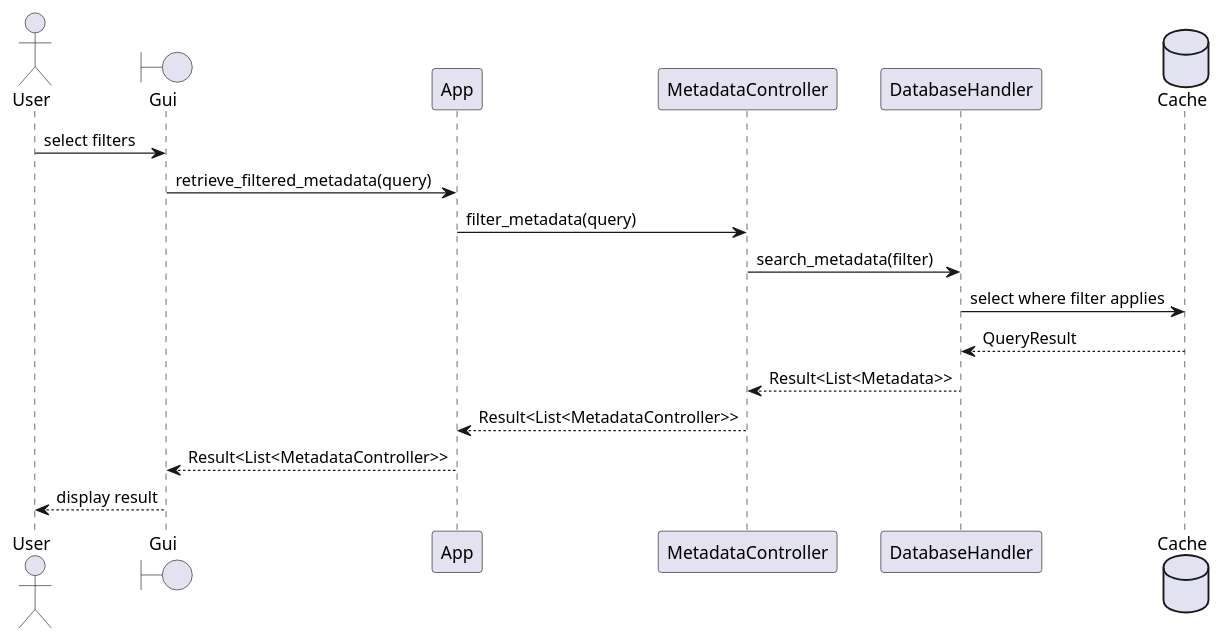
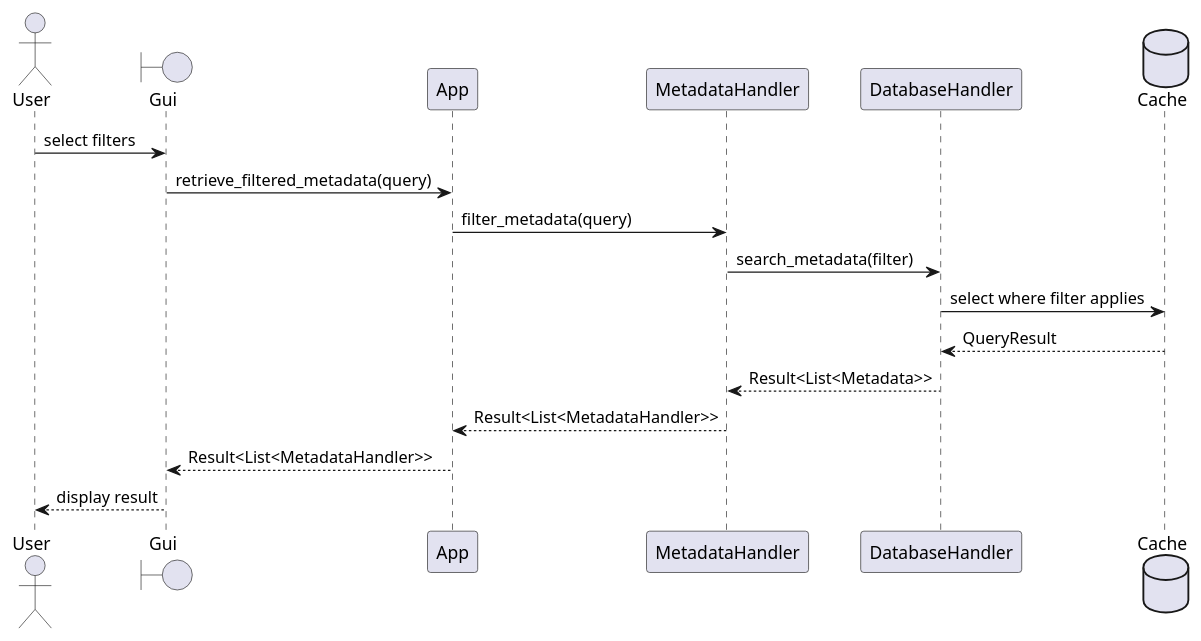
Before and after one commit to SoftwareEngineeringOne/wiki: the ninth of 10 diagrams in wiki/topics/Inkremente/04/Grobdesign.md, drawn with PlantUML. The commit also changed other lines of this file, not shown here.

Commit message:
Add modules to Class Diagramm

````diff
--- a/wiki/topics/Inkremente/04/Grobdesign.md
+++ b/wiki/topics/Inkremente/04/Grobdesign.md
@@ -485,21 +507,21 @@
 ```plantuml
 @startuml Projekte durchsuchen
 actor User
 boundary Gui
 participant App
-participant MetadataController
+participant MetadataHandler
 participant DatabaseHandler
 database Cache
 
 User -> Gui : select filters
 Gui -> App : retrieve_filtered_metadata(query)
-App -> MetadataController : filter_metadata(query)
-MetadataController -> DatabaseHandler : search_metadata(filter)
+App -> MetadataHandler : filter_metadata(query)
+MetadataHandler -> DatabaseHandler : search_metadata(filter)
 DatabaseHandler -> Cache : select where filter applies
 Cache --> DatabaseHandler : QueryResult
-DatabaseHandler --> MetadataController : Result<List<Metadata>>
-MetadataController --> App : Result<List<MetadataController>>
-App --> Gui : Result<List<MetadataController>>
+DatabaseHandler --> MetadataHandler : Result<List<Metadata>>
+MetadataHandler --> App : Result<List<MetadataHandler>>
+App --> Gui : Result<List<MetadataHandler>>
 Gui --> User : display result
 @enduml
 ```
````
